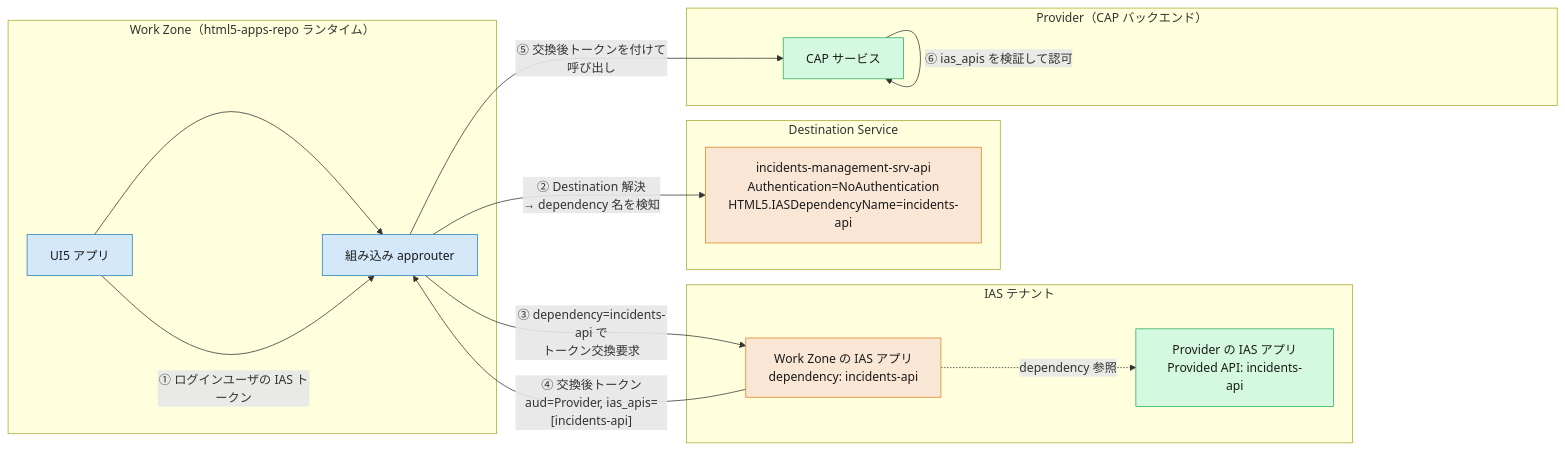
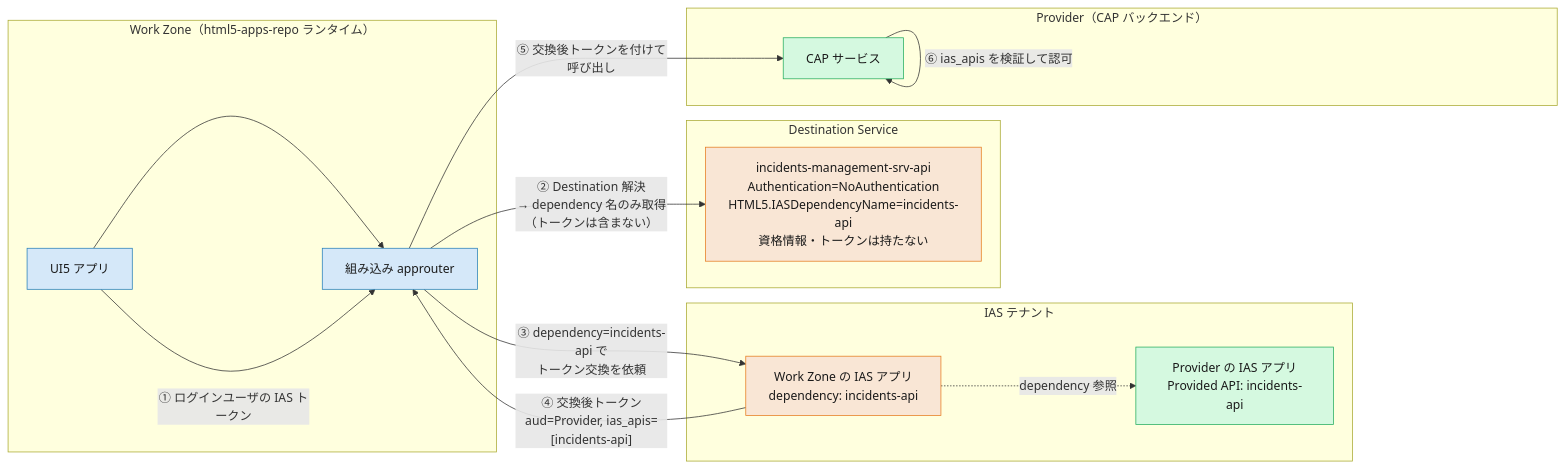
The fourth of 5 diagrams in learning/app2app-and-certificate-operations.md (miyasuta/cloud-identity-developer-guide), drawn with Mermaid before and after one commit. The commit also changed other lines of this file, not shown here.

Commit message:
Clarify token requester (app vs Destination) in app2app diagrams

````diff
--- a/learning/app2app-and-certificate-operations.md
+++ b/learning/app2app-and-certificate-operations.md
@@ -278,31 +350,31 @@
 ```mermaid
 flowchart LR
     subgraph WZ["Work Zone（html5-apps-repo ランタイム）"]
         UI5["UI5 アプリ"] --> AR["組み込み approuter"]
     end
     subgraph DEST["Destination Service"]
-        D["incidents-management-srv-api<br/>Authentication=NoAuthentication<br/>HTML5.IASDependencyName=incidents-api"]
+        D["incidents-management-srv-api<br/>Authentication=NoAuthentication<br/>HTML5.IASDependencyName=incidents-api<br/>資格情報・トークンは持たない"]
     end
     subgraph IAS["IAS テナント"]
         WZAPP["Work Zone の IAS アプリ<br/>dependency: incidents-api"]
         PROVAPP["Provider の IAS アプリ<br/>Provided API: incidents-api"]
     end
     subgraph PROV["Provider（CAP バックエンド）"]
         SRV["CAP サービス"]
     end
 
     UI5 -->|"① ログインユーザの IAS トークン"| AR
-    AR -->|"② Destination 解決<br/>→ dependency 名を検知"| D
-    AR -->|"③ dependency=incidents-api で<br/>トークン交換要求"| WZAPP
+    AR -->|"② Destination 解決<br/>→ dependency 名のみ取得（トークンは含まない）"| D
+    AR -->|"③ dependency=incidents-api で<br/>トークン交換を依頼"| WZAPP
     WZAPP -.dependency 参照.-> PROVAPP
     WZAPP -->|"④ 交換後トークン<br/>aud=Provider, ias_apis=[incidents-api]"| AR
     AR -->|"⑤ 交換後トークンを付けて呼び出し"| SRV
     SRV -->|"⑥ ias_apis を検証して認可"| SRV
 
     style UI5 fill:#d5e8f9,stroke:#2980b9,color:#1a1a1a
     style AR fill:#d5e8f9,stroke:#2980b9,color:#1a1a1a
     style D fill:#f9e6d5,stroke:#e67e22,color:#1a1a1a
     style WZAPP fill:#f9e6d5,stroke:#e67e22,color:#1a1a1a
     style PROVAPP fill:#d5f9e0,stroke:#27ae60,color:#1a1a1a
     style SRV fill:#d5f9e0,stroke:#27ae60,color:#1a1a1a
 ```
````
